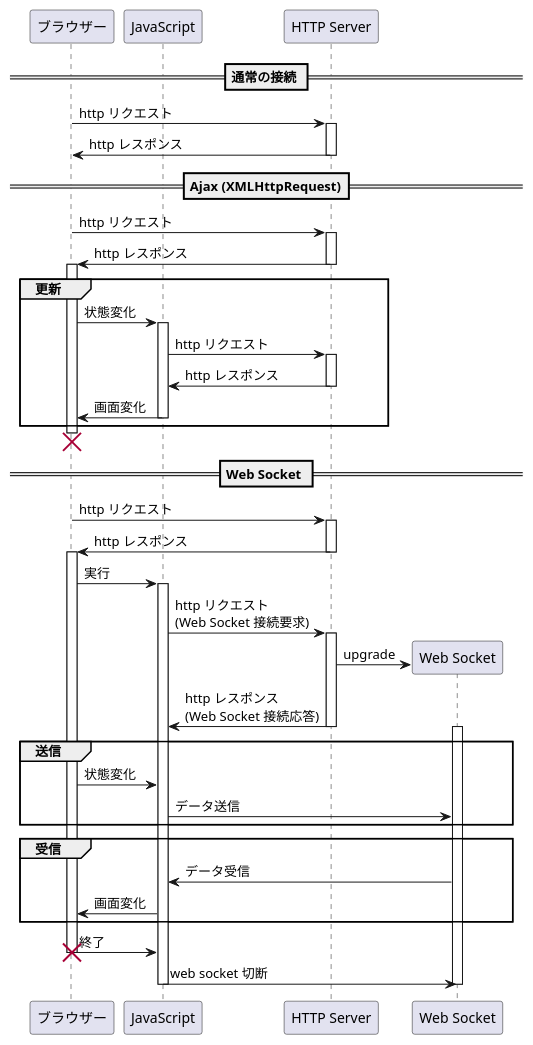
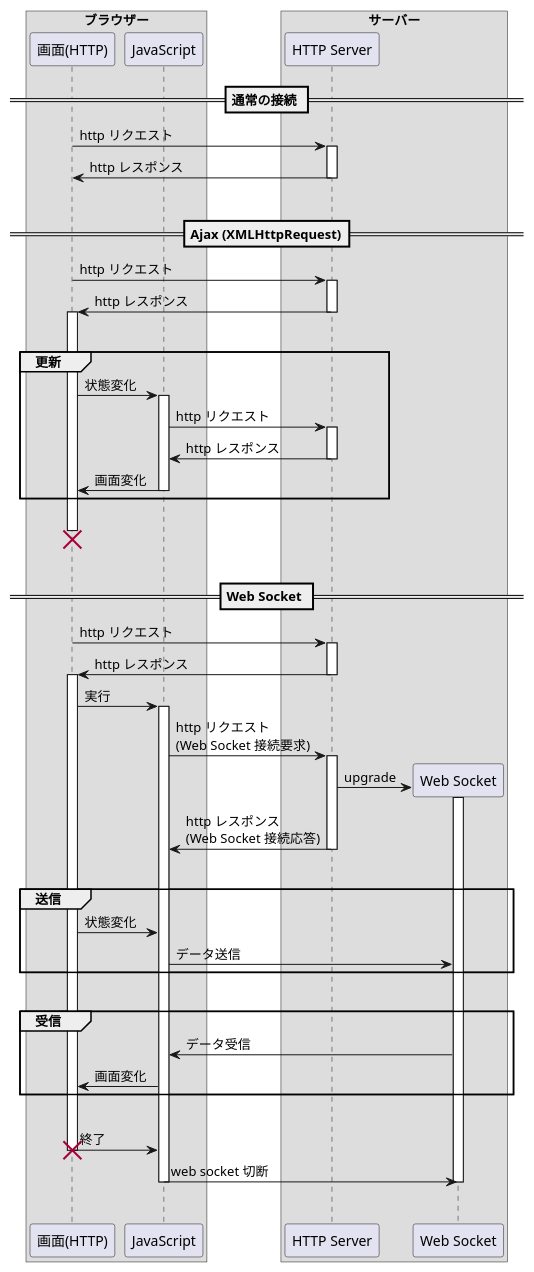
One commit to github-wombat/netc changed the diagram in doc/websocket.plantuml. Above: the diagram before and after it, drawn with PlantUML. The commit also changed 2 other files, not shown here.

Commit message:
TCP/UDPの図を追加

```diff
--- a/doc/websocket.plantuml
+++ b/doc/websocket.plantuml
@@ -1,70 +1,92 @@
 @startuml
 
-participant ブラウザー as B
+box "ブラウザー"
+participant "画面(HTTP)" as B
 participant JavaScript as J
+end box
+
+box "サーバー"
 participant "HTTP Server" as S
 
 == 通常の接続 ==
 
 B -> S: http リクエスト
 activate S
 S -> B: http レスポンス
 deactivate S
 
+|||
+
 == Ajax (XMLHttpRequest)==
 
 B -> S: http リクエスト
 activate S
 S -> B: http レスポンス
 deactivate S
 activate B
+
+|||
 
 group 更新
 B -> J: 状態変化
 activate J
 J -> S: http リクエスト
 activate S
 S -> J: http レスポンス
 deactivate S
 J -> B: 画面変化
 deactivate J
 end
 
+|||
+
 destroy B
+
+|||
 
 == Web Socket ==
 
 B -> S: http リクエスト
 activate S
 S -> B: http レスポンス
 deactivate S
 activate B
 
 B -> J: 実行
 activate J
 
 J -> S: http リクエスト\n(Web Socket 接続要求)
 activate S
 create participant "Web Socket" as W
 S -> W: upgrade
+activate W
 S -> J: http レスポンス\n(Web Socket 接続応答)
 deactivate S
-activate W
+
+|||
 
 group 送信
 B -> J: 状態変化
 J -> W: データ送信
 end
 
+|||
+
 group 受信
 W -> J: データ受信
 J -> B: 画面変化
 end
+
+|||
 
 B -> J: 終了
 destroy B
 J -> W: web socket 切断
 deactivate J
 deactivate W
 
+|||
+
+end box
+
 @enduml
```
